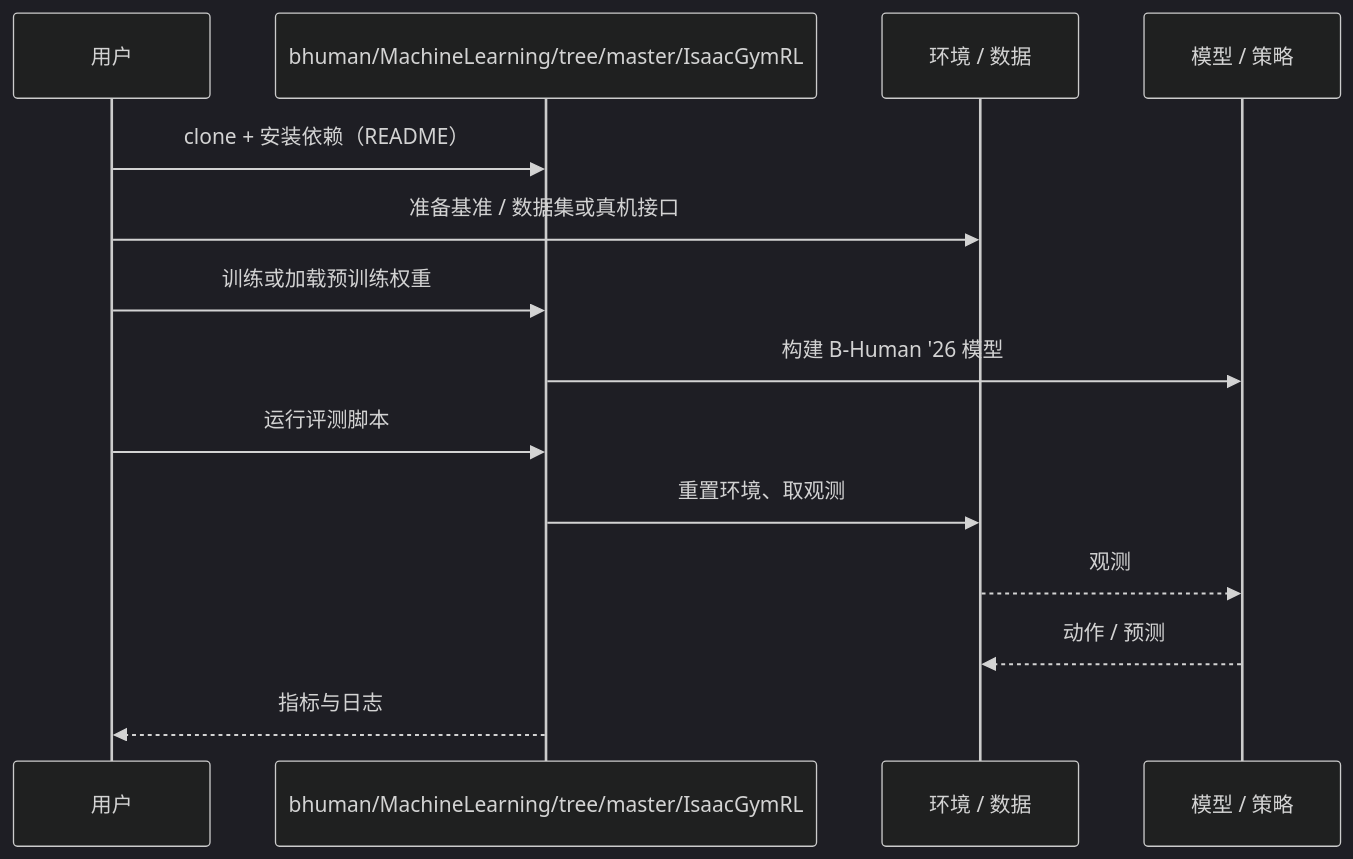
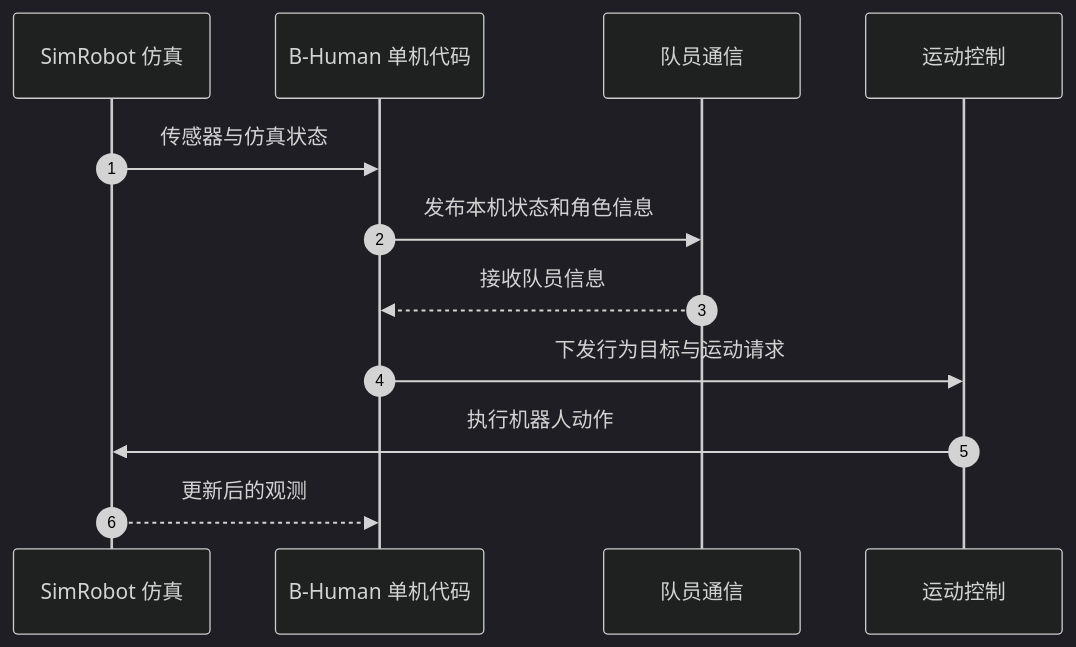
The diagram in wiki/entities/paper-b-human-26-scalable-team-play.md (ImChong/Robotics_Notebooks), drawn with Mermaid (dark theme) before and after one commit. The commit also changed other lines of this file and 4 other files, not shown here.

````diff
--- a/wiki/entities/paper-b-human-26-scalable-team-play.md
+++ b/wiki/entities/paper-b-human-26-scalable-team-play.md
@@ -60,16 +81,14 @@
 ```mermaid
 sequenceDiagram
-  participant U as 用户
-  participant R as bhuman/MachineLearning/tree/master/IsaacGymRL
-  participant E as 环境 / 数据
-  participant M as 模型 / 策略
-  U->>R: clone + 安装依赖（README）
-  U->>E: 准备基准 / 数据集或真机接口
-  U->>R: 训练或加载预训练权重
-  R->>M: 构建 B-Human '26 模型
-  U->>R: 运行评测脚本
-  R->>E: 重置环境、取观测
-  E-->>M: 观测
-  M-->>E: 动作 / 预测
-  R-->>U: 指标与日志
+  autonumber
+  participant S as SimRobot 仿真
+  participant R as B-Human 单机代码
+  participant T as 队员通信
+  participant M as 运动控制
+  S->>R: 传感器与仿真状态
+  R->>T: 发布本机状态和角色信息
+  T-->>R: 接收队员信息
+  R->>M: 下发行为目标与运动请求
+  M->>S: 执行机器人动作
+  S-->>R: 更新后的观测
 ```
````
